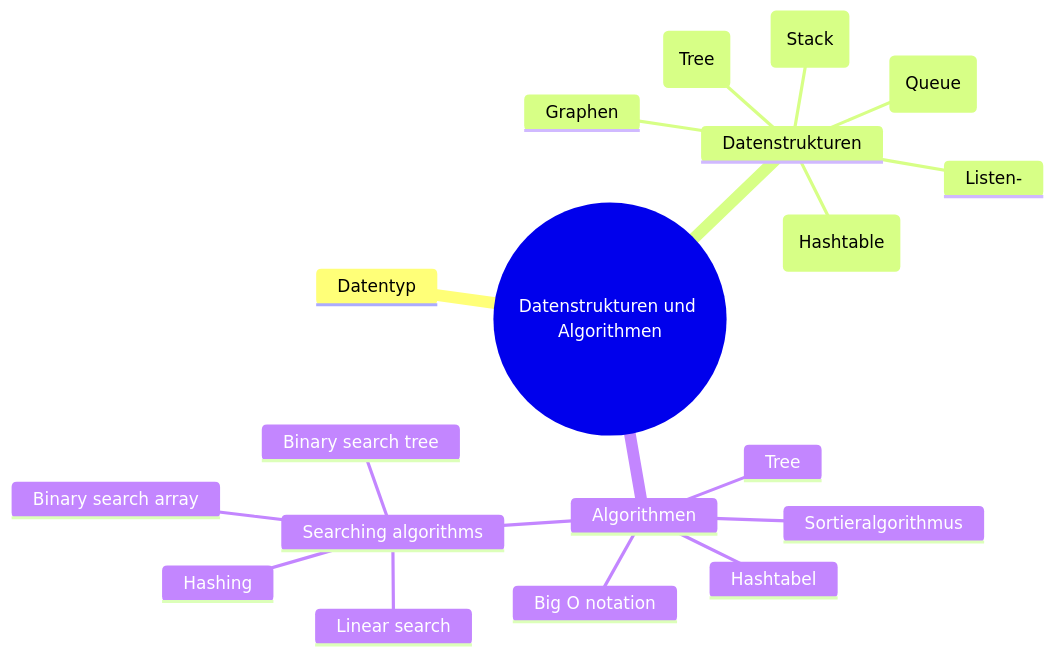
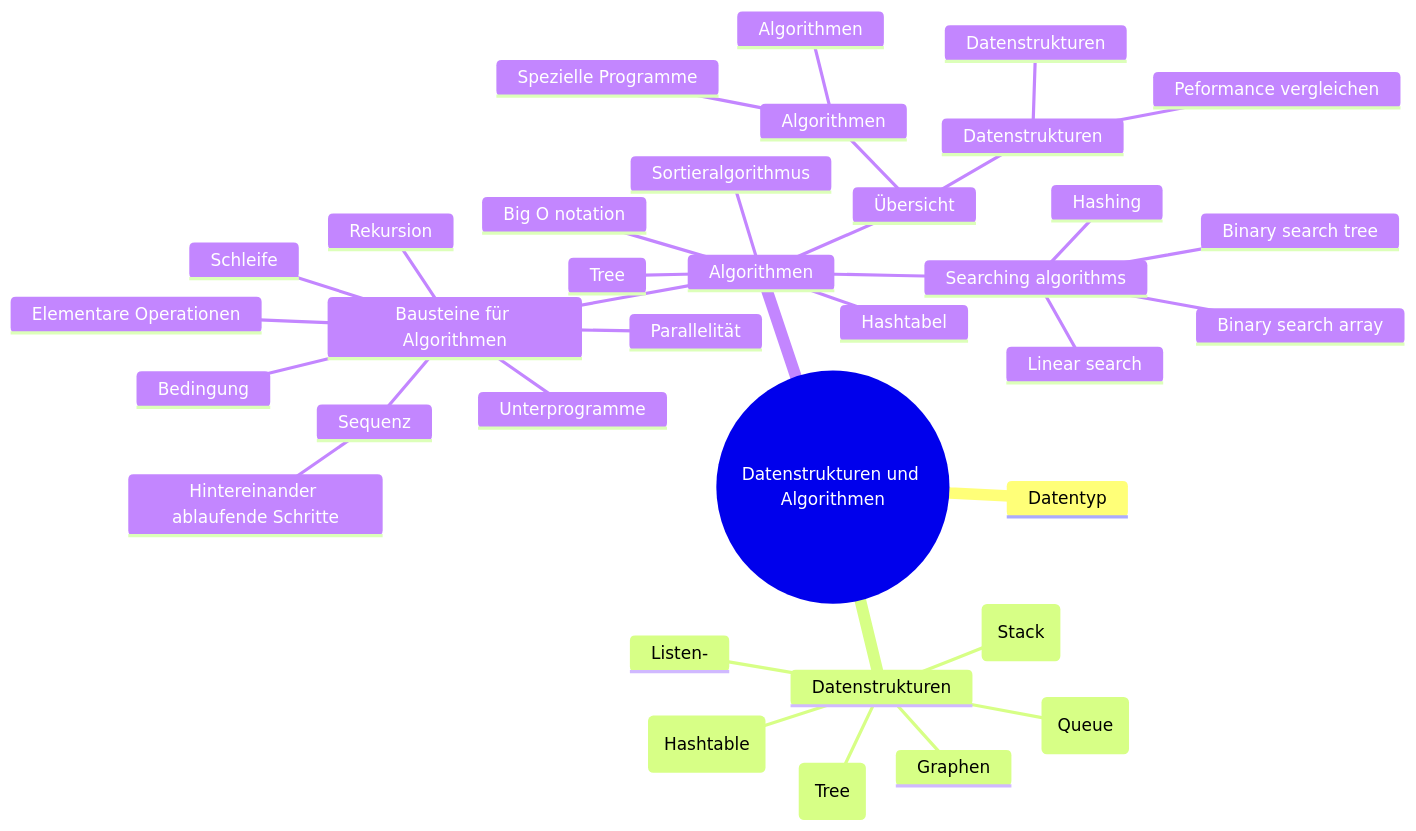
The diagram in docs/index.md (tsolenthaler/zbwAlgDs), drawn with Mermaid before and after one commit.

Commit message:
Add initial documentation for algorithms and data structures

````diff
--- a/docs/index.md
+++ b/docs/index.md
@@ -6,23 +6,40 @@
 ``` mermaid
 mindmap
     root((Datenstrukturen und Algorithmen))
         Datentyp
         Datenstrukturen
             Listen-
             Baumstrukturen (Tree)
             Warteschlangen (Queue)
             Stapel (Stack)
             Hashtabellen (Hashtable)
             Graphen
 
         Algorithmen
+            Übersicht
+                Datenstrukturen
+                    Peformance vergleichen
+                    Datenstrukturen
+                Algorithmen
+                    Algorithmen
+                    Spezielle Programme
+            Bausteine für Algorithmen
+                Elementare Operationen
+                Sequenz
+                    Hintereinander ablaufende Schritte
+                Parallelität
+                Bedingung
+                Schleife
+                Unterprogramme
+                Rekursion
+
             Big O notation
             Hashtabel
             Tree
             Sortieralgorithmus
             Searching algorithms
                 Linear search
                 Binary search array
                 Binary search tree
                 Hashing
 ```
````
